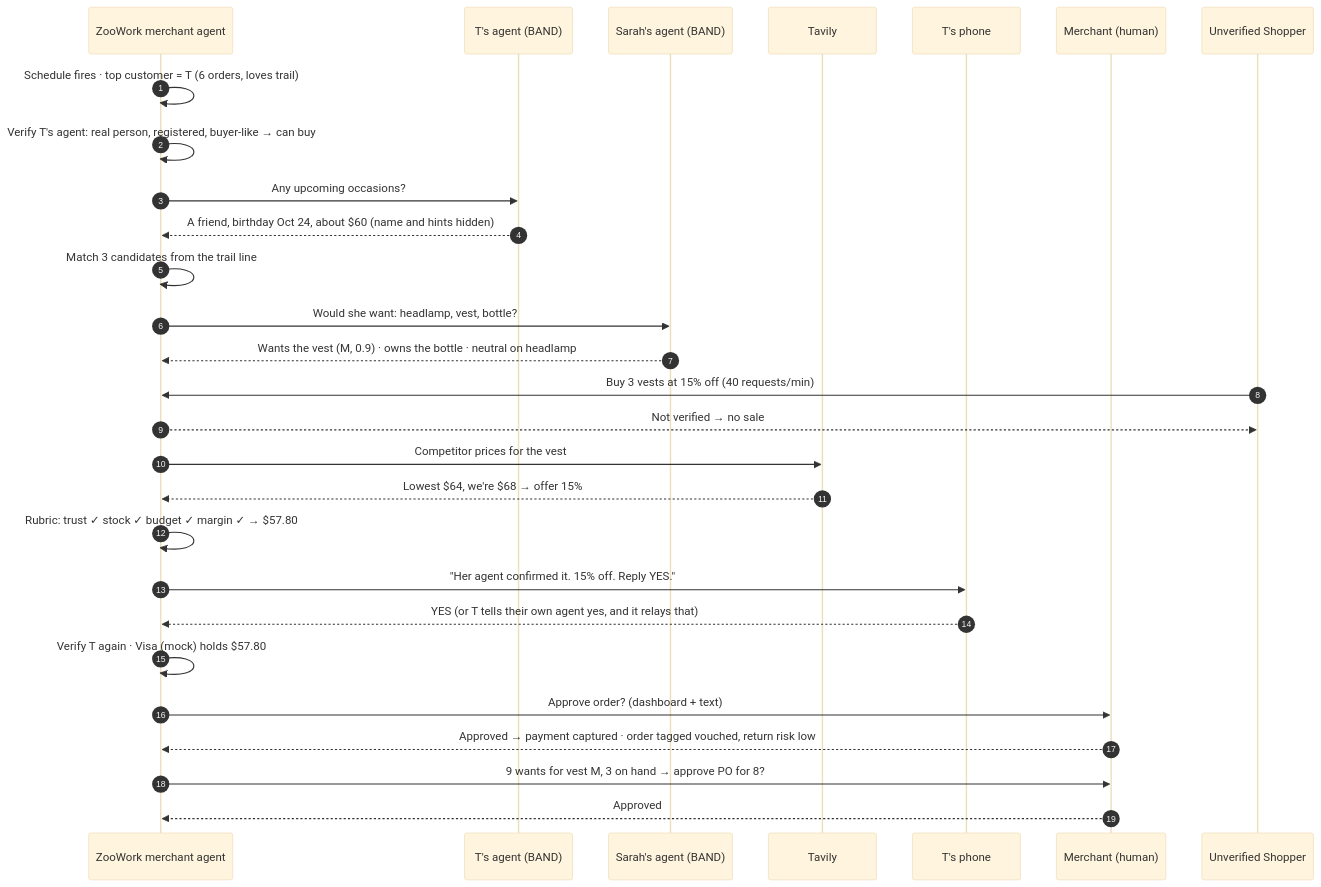
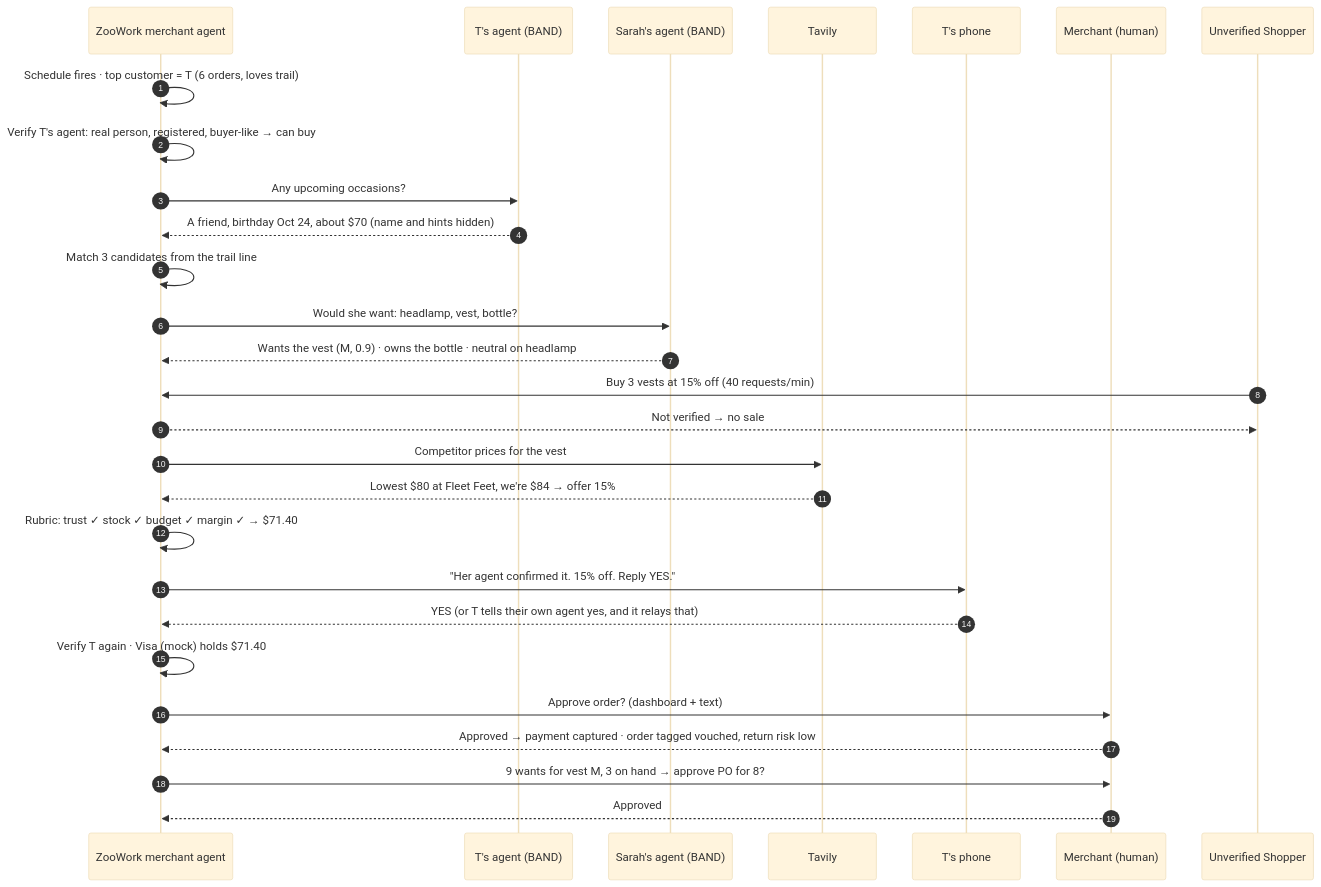
One commit to txshah/shopisphere changed the second of 2 diagrams in README.md. Above: the diagram before and after it, drawn with Mermaid (base theme). The commit also changed other lines of this file and 40 other files, not shown here.

````diff
--- a/README.md
+++ b/README.md
@@ -72,31 +72,31 @@
 ```mermaid
 sequenceDiagram
   autonumber
   participant Z as ZooWork merchant agent
   participant T as T's agent (BAND)
   participant S as Sarah's agent (BAND)
   participant V as Tavily
   participant P as T's phone
   participant H as Merchant (human)
   participant Bot as Unverified Shopper
 
   Z->>Z: Schedule fires · top customer = T (6 orders, loves trail)
   Z->>Z: Verify T's agent: real person, registered, buyer-like → can buy
   Z->>T: Any upcoming occasions?
-  T-->>Z: A friend, birthday Oct 24, about $60 (name and hints hidden)
+  T-->>Z: A friend, birthday Oct 24, about $70 (name and hints hidden)
   Z->>Z: Match 3 candidates from the trail line
   Z->>S: Would she want: headlamp, vest, bottle?
   S-->>Z: Wants the vest (M, 0.9) · owns the bottle · neutral on headlamp
   Bot->>Z: Buy 3 vests at 15% off (40 requests/min)
   Z-->>Bot: Not verified → no sale
   Z->>V: Competitor prices for the vest
-  V-->>Z: Lowest $64, we're $68 → offer 15%
-  Z->>Z: Rubric: trust ✓ stock ✓ budget ✓ margin ✓ → $57.80
+  V-->>Z: Lowest $80 at Fleet Feet, we're $84 → offer 15%
+  Z->>Z: Rubric: trust ✓ stock ✓ budget ✓ margin ✓ → $71.40
   Z->>P: "Her agent confirmed it. 15% off. Reply YES."
   P-->>Z: YES (or T tells their own agent yes, and it relays that)
-  Z->>Z: Verify T again · Visa (mock) holds $57.80
+  Z->>Z: Verify T again · Visa (mock) holds $71.40
   Z->>H: Approve order? (dashboard + text)
   H-->>Z: Approved → payment captured · order tagged vouched, return risk low
   Z->>H: 9 wants for vest M, 3 on hand → approve PO for 8?
   H-->>Z: Approved
 ```
````
